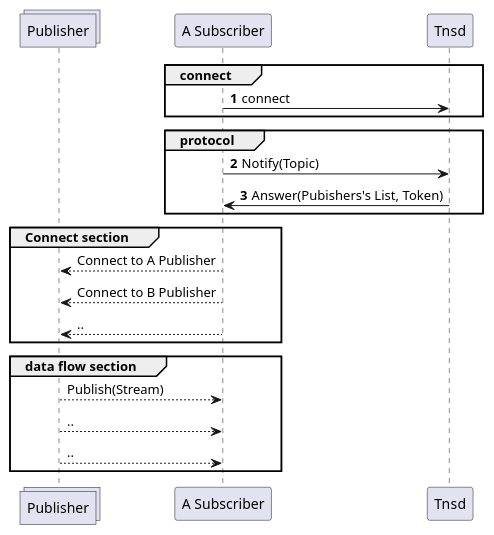
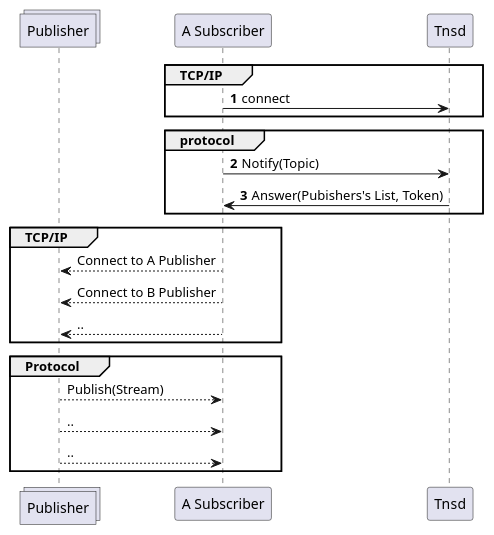
The diagram in doori-uml/Subscriber flow.puml (dooripapa/doori-project), drawn with PlantUML before and after one commit. The commit also changed 24 other files, not shown here.

```diff
--- a/doori-uml/Subscriber flow.puml
+++ b/doori-uml/Subscriber flow.puml
@@ -1,29 +1,29 @@
 @startuml
 'https://plantuml.com/sequence-diagram
 
 collections Publisher as Publisher
 
 autonumber
-group connect
+group TCP/IP
     "A Subscriber" -> Tnsd : connect
 end
 
 group protocol
     "A Subscriber" -> Tnsd : Notify(Topic)
     "A Subscriber" <- Tnsd : Answer(Pubishers's List, Token)
 end
 
 autonumber stop
-group Connect section
+group TCP/IP
     "A Subscriber" --> Publisher : Connect to A Publisher
     "A Subscriber" --> Publisher : Connect to B Publisher
     "A Subscriber" --> Publisher : ..
 end
 
 autonumber stop
-group data flow section
+group Protocol
     "A Subscriber" <-- Publisher : Publish(Stream)
     "A Subscriber" <-- Publisher : ..
     "A Subscriber" <-- Publisher : ..
 end
 @enduml
```
